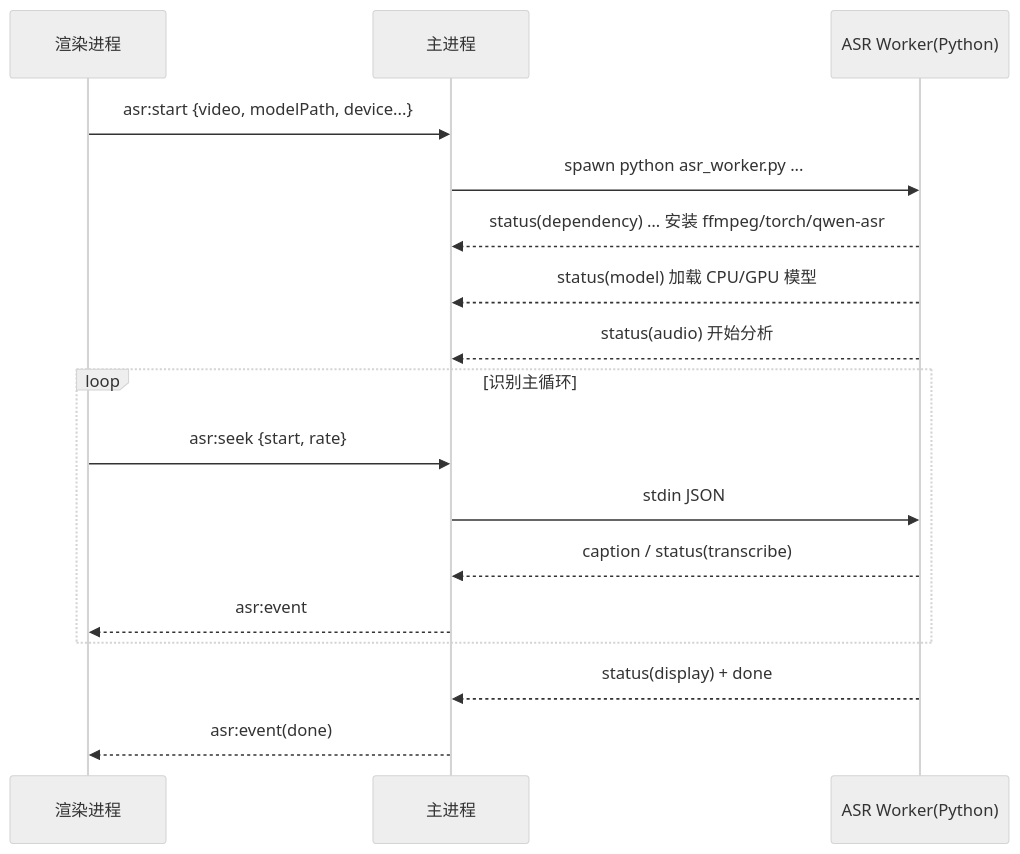
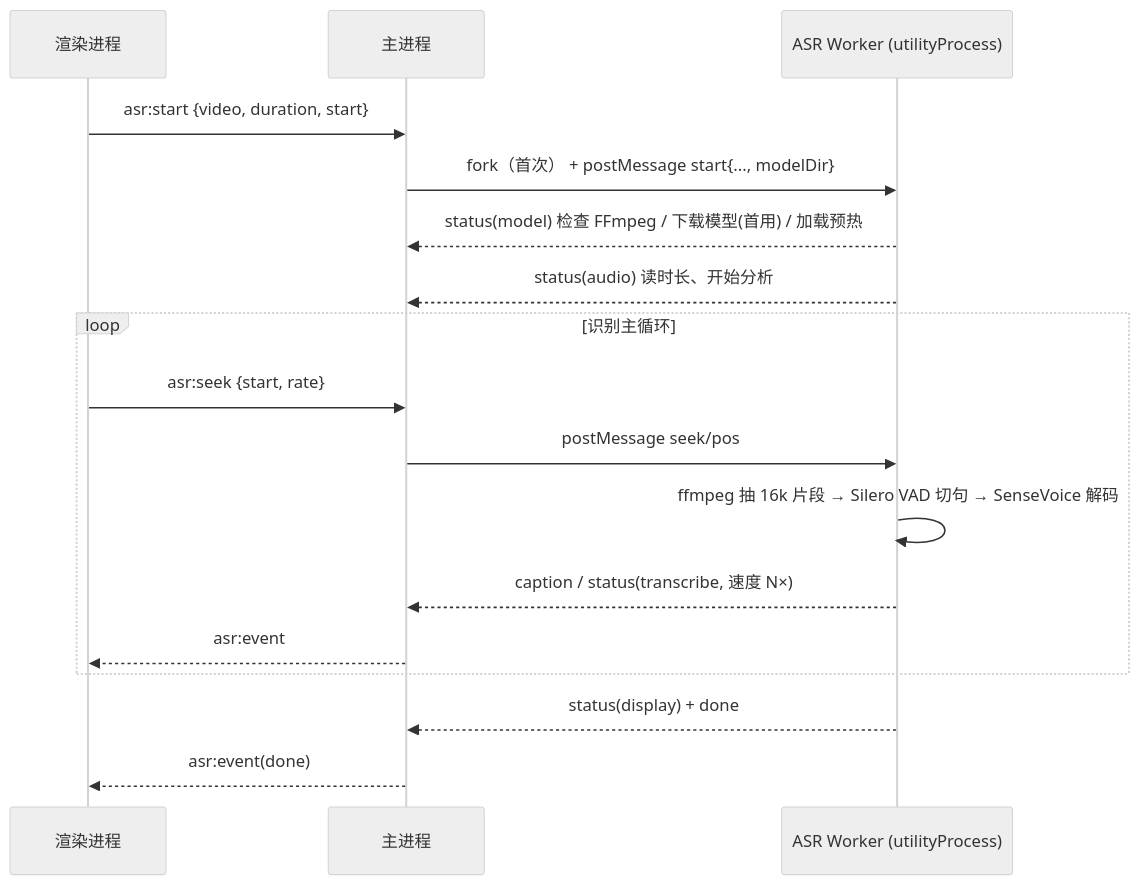
The second of 2 diagrams in CodeWiki.md (Spicyfish95/LightPlayer), drawn with Mermaid (neutral theme) before and after one commit. The commit also changed other lines of this file and 6 other files, not shown here.

````diff
--- a/CodeWiki.md
+++ b/CodeWiki.md
@@ -507,20 +452,20 @@
 ```mermaid
 sequenceDiagram
   participant R as 渲染进程
   participant M as 主进程
-  participant W as ASR Worker(Python)
+  participant W as ASR Worker (utilityProcess)
 
-  R->>M: asr:start {video, modelPath, device...}
-  M->>W: spawn python asr_worker.py ...
-  W-->>M: status(dependency) … 安装 ffmpeg/torch/qwen-asr
-  W-->>M: status(model) 加载 CPU/GPU 模型
-  W-->>M: status(audio) 开始分析
+  R->>M: asr:start {video, duration, start}
+  M->>W: fork（首次） + postMessage start{..., modelDir}
+  W-->>M: status(model) 检查 FFmpeg / 下载模型(首用) / 加载预热
+  W-->>M: status(audio) 读时长、开始分析
   loop 识别主循环
     R->>M: asr:seek {start, rate}
-    M->>W: stdin JSON
-    W-->>M: caption / status(transcribe)
+    M->>W: postMessage seek/pos
+    W->>W: ffmpeg 抽 16k 片段 → Silero VAD 切句 → SenseVoice 解码
+    W-->>M: caption / status(transcribe, 速度 N×)
     M-->>R: asr:event
   end
   W-->>M: status(display) + done
   M-->>R: asr:event(done)
 ```
````
